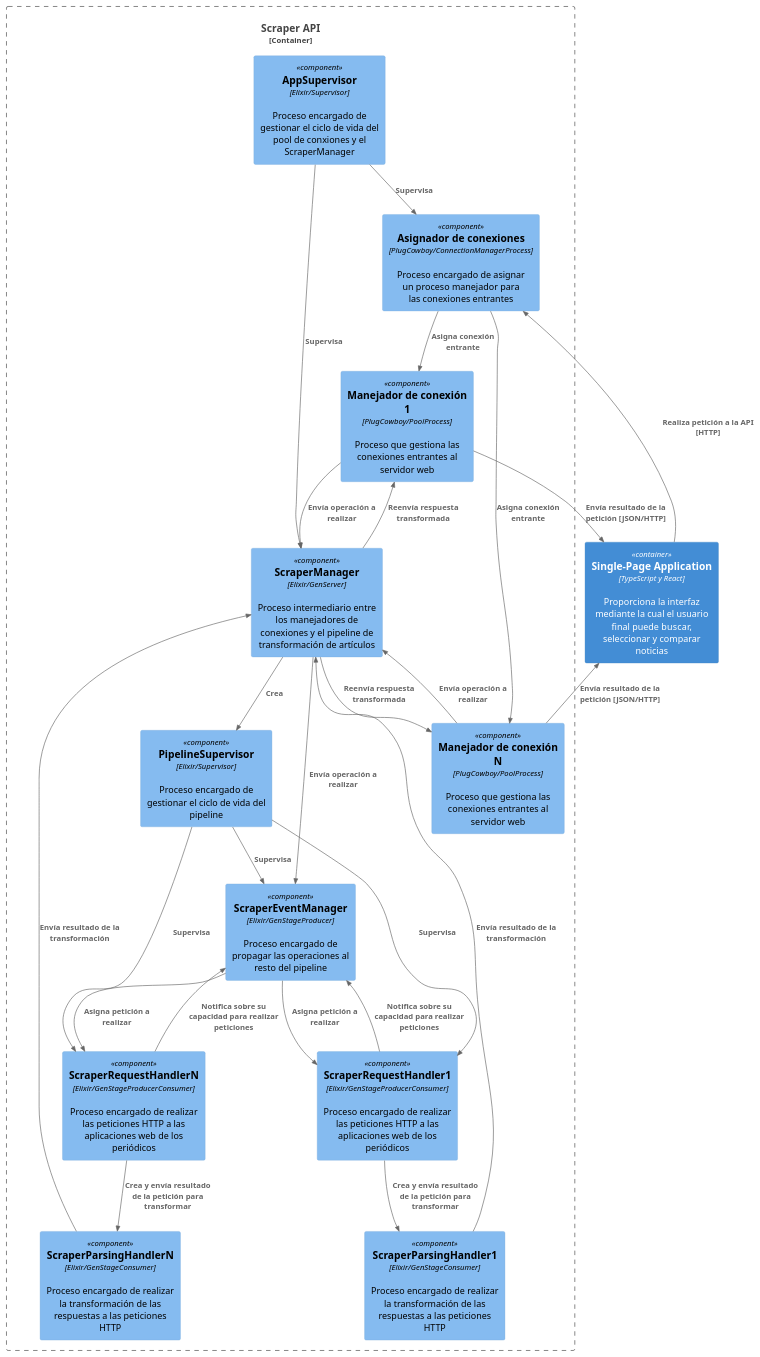
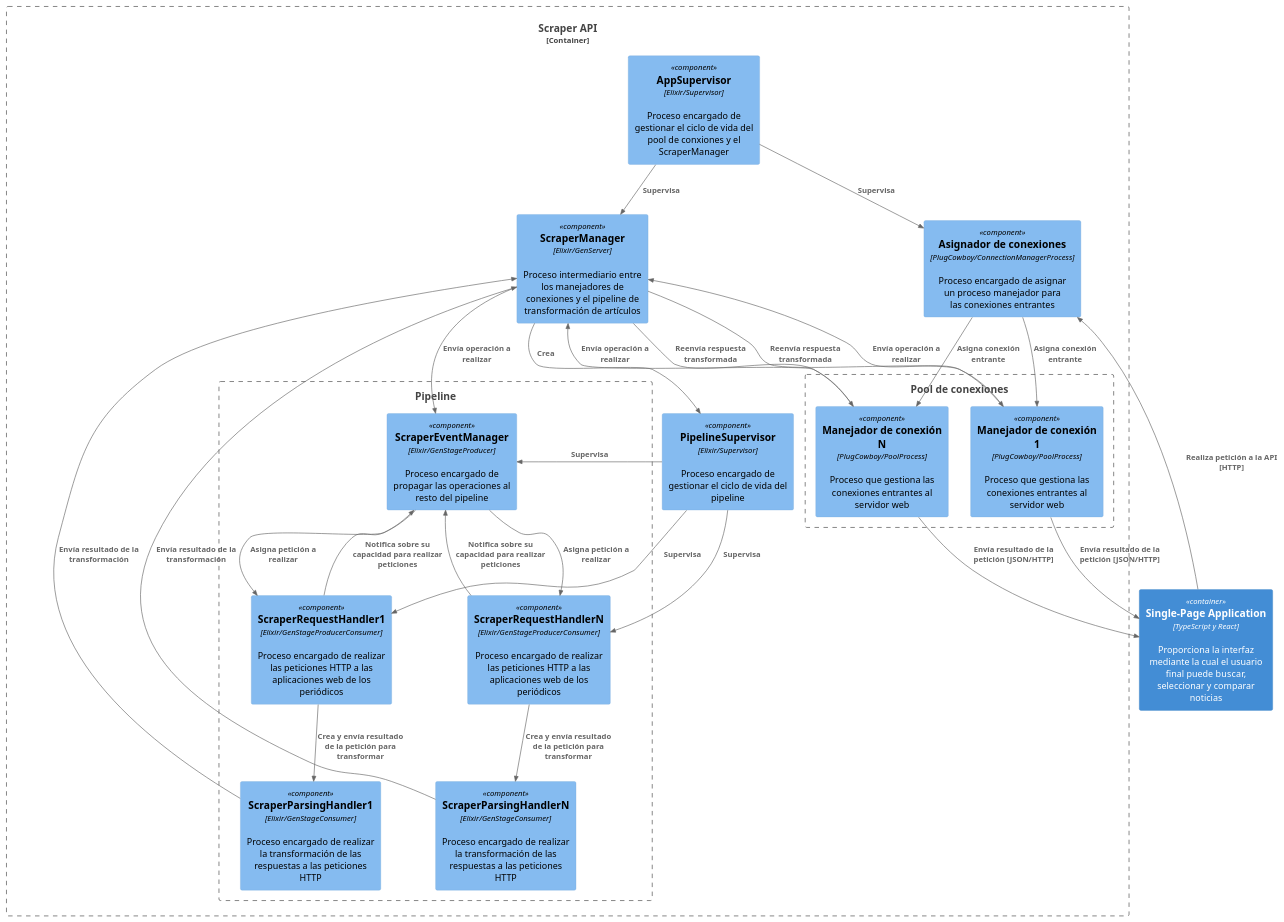
Before and after one commit to afsanchez1/contrast_app: the diagram in docs/diagrams/src/component.puml, drawn with PlantUML. The commit also changed 1 other file, not shown here.

Commit message:
diagrams updated

```diff
--- a/docs/diagrams/src/component.puml
+++ b/docs/diagrams/src/component.puml
@@ -1,42 +1,46 @@
 @startuml system_context
 !include <C4/C4_Component>
 
 Container(WebApp, "Single-Page Application", "TypeScript y React", "Proporciona la interfaz mediante la cual el usuario final puede buscar, seleccionar y comparar noticias")
 Container_Boundary(SysBound, "Scraper API") {
   Component(AppSupervisor, "AppSupervisor", "Elixir/Supervisor", "Proceso encargado de gestionar el ciclo de vida del pool de conxiones y el ScraperManager")
   Component(ConnectionManager, "Asignador de conexiones", "PlugCowboy/ConnectionManagerProcess", "Proceso encargado de asignar un proceso manejador para las conexiones entrantes")
-  Component(ConnProc1, "Manejador de conexión 1", "PlugCowboy/PoolProcess","Proceso que gestiona las conexiones entrantes al servidor web")
-  Component(ConnProc2, "Manejador de conexión N", "PlugCowboy/PoolProcess","Proceso que gestiona las conexiones entrantes al servidor web")
+  Boundary(ConnectionPool, "Pool de conexiones") {
+    Component(ConnProc1, "Manejador de conexión 1", "PlugCowboy/PoolProcess","Proceso que gestiona las conexiones entrantes al servidor web")
+    Component(ConnProc2, "Manejador de conexión N", "PlugCowboy/PoolProcess","Proceso que gestiona las conexiones entrantes al servidor web")
+  }
   Component(ScraperManager, "ScraperManager", "Elixir/GenServer", "Proceso intermediario entre los manejadores de conexiones y el pipeline de transformación de artículos")
   Component(PipelineSupervisor, "PipelineSupervisor", "Elixir/Supervisor", "Proceso encargado de gestionar el ciclo de vida del pipeline")
-  Component(ScraperEventManager, "ScraperEventManager", "Elixir/GenStageProducer", "Proceso encargado de propagar las operaciones al resto del pipeline")
-  Component(ScraperRequestHandler1, "ScraperRequestHandler1", "Elixir/GenStageProducerConsumer", "Proceso encargado de realizar las peticiones HTTP a las aplicaciones web de los periódicos")
-  Component(ScraperRequestHandlerN, "ScraperRequestHandlerN", "Elixir/GenStageProducerConsumer", "Proceso encargado de realizar las peticiones HTTP a las aplicaciones web de los periódicos")
-  Component(ScraperParsingHandler1, "ScraperParsingHandler1", "Elixir/GenStageConsumer", "Proceso encargado de realizar la transformación de las respuestas a las peticiones HTTP")
-  Component(ScraperParsingHandlerN, "ScraperParsingHandlerN", "Elixir/GenStageConsumer", "Proceso encargado de realizar la transformación de las respuestas a las peticiones HTTP")
+  Boundary(PipelineBound, "Pipeline"){
+    Component(ScraperEventManager, "ScraperEventManager", "Elixir/GenStageProducer", "Proceso encargado de propagar las operaciones al resto del pipeline")
+    Component(ScraperRequestHandler1, "ScraperRequestHandler1", "Elixir/GenStageProducerConsumer", "Proceso encargado de realizar las peticiones HTTP a las aplicaciones web de los periódicos")
+    Component(ScraperRequestHandlerN, "ScraperRequestHandlerN", "Elixir/GenStageProducerConsumer", "Proceso encargado de realizar las peticiones HTTP a las aplicaciones web de los periódicos")
+    Component(ScraperParsingHandler1, "ScraperParsingHandler1", "Elixir/GenStageConsumer", "Proceso encargado de realizar la transformación de las respuestas a las peticiones HTTP")
+    Component(ScraperParsingHandlerN, "ScraperParsingHandlerN", "Elixir/GenStageConsumer", "Proceso encargado de realizar la transformación de las respuestas a las peticiones HTTP")
+  }
 }
 Rel(AppSupervisor, ConnectionManager, "Supervisa")
 Rel(AppSupervisor, ScraperManager, "Supervisa")
 Rel(ConnectionManager, ConnProc1, "Asigna conexión entrante")
 Rel(ConnectionManager, ConnProc2, "Asigna conexión entrante")
 Rel(ConnProc1, ScraperManager, "Envía operación a realizar")
 Rel(ConnProc2, ScraperManager, "Envía operación a realizar")
 Rel(ScraperManager, ConnProc1, "Reenvía respuesta transformada")
 Rel(ScraperManager, ConnProc2, "Reenvía respuesta transformada")
 Rel(ScraperManager, PipelineSupervisor, "Crea")
 Rel(PipelineSupervisor, ScraperEventManager, "Supervisa")
 Rel(PipelineSupervisor, ScraperRequestHandler1, "Supervisa")
 Rel(PipelineSupervisor, ScraperRequestHandlerN, "Supervisa")
 Rel(ScraperManager, ScraperEventManager, "Envía operación a realizar")
 Rel(ScraperEventManager, ScraperRequestHandler1, "Asigna petición a realizar")
 Rel(ScraperEventManager, ScraperRequestHandlerN, "Asigna petición a realizar")
 Rel(ScraperRequestHandler1, ScraperEventManager, "Notifica sobre su capacidad para realizar peticiones")
 Rel(ScraperRequestHandlerN, ScraperEventManager, "Notifica sobre su capacidad para realizar peticiones")
 Rel(ScraperRequestHandler1, ScraperParsingHandler1, "Crea y envía resultado de la petición para transformar")
 Rel(ScraperRequestHandlerN, ScraperParsingHandlerN, "Crea y envía resultado de la petición para transformar")
 Rel(ScraperParsingHandler1, ScraperManager, "Envía resultado de la transformación")
 Rel(ScraperParsingHandlerN, ScraperManager, "Envía resultado de la transformación")
 Rel(WebApp, ConnectionManager, "Realiza petición a la API [HTTP]")
 Rel(ConnProc1, WebApp, "Envía resultado de la petición [JSON/HTTP]")
 Rel(ConnProc2, WebApp, "Envía resultado de la petición [JSON/HTTP]")
 @enduml
```
